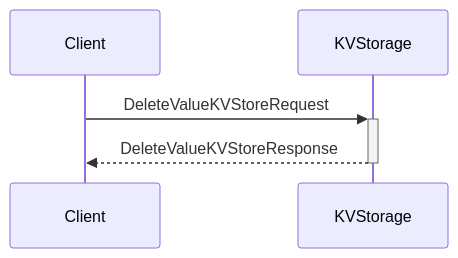
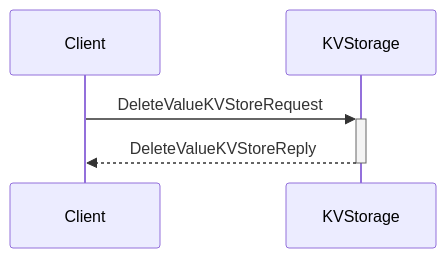
The third of 3 diagrams in docs/arch/node/engines/local_key_value_storage_messages.juvix.md (anoma/nspec), drawn with Mermaid before and after one commit. The commit also changed other lines of this file and 37 other files, not shown here.

Commit message:
Renamed all instances of "Response" to "Reply" in message interfaces for consistency across commitment, decryption, identity management, and other engines.

````diff
--- a/docs/arch/node/engines/local_key_value_storage_messages.juvix.md
+++ b/docs/arch/node/engines/local_key_value_storage_messages.juvix.md
@@ -75,8 +81,8 @@
 ```mermaid
 sequenceDiagram
     participant Client
     participant KVStorage
 
     Client ->>+ KVStorage: DeleteValueKVStoreRequest
-    KVStorage -->>- Client: DeleteValueKVStoreResponse
+    KVStorage -->>- Client: DeleteValueKVStoreReply
 ```
````
